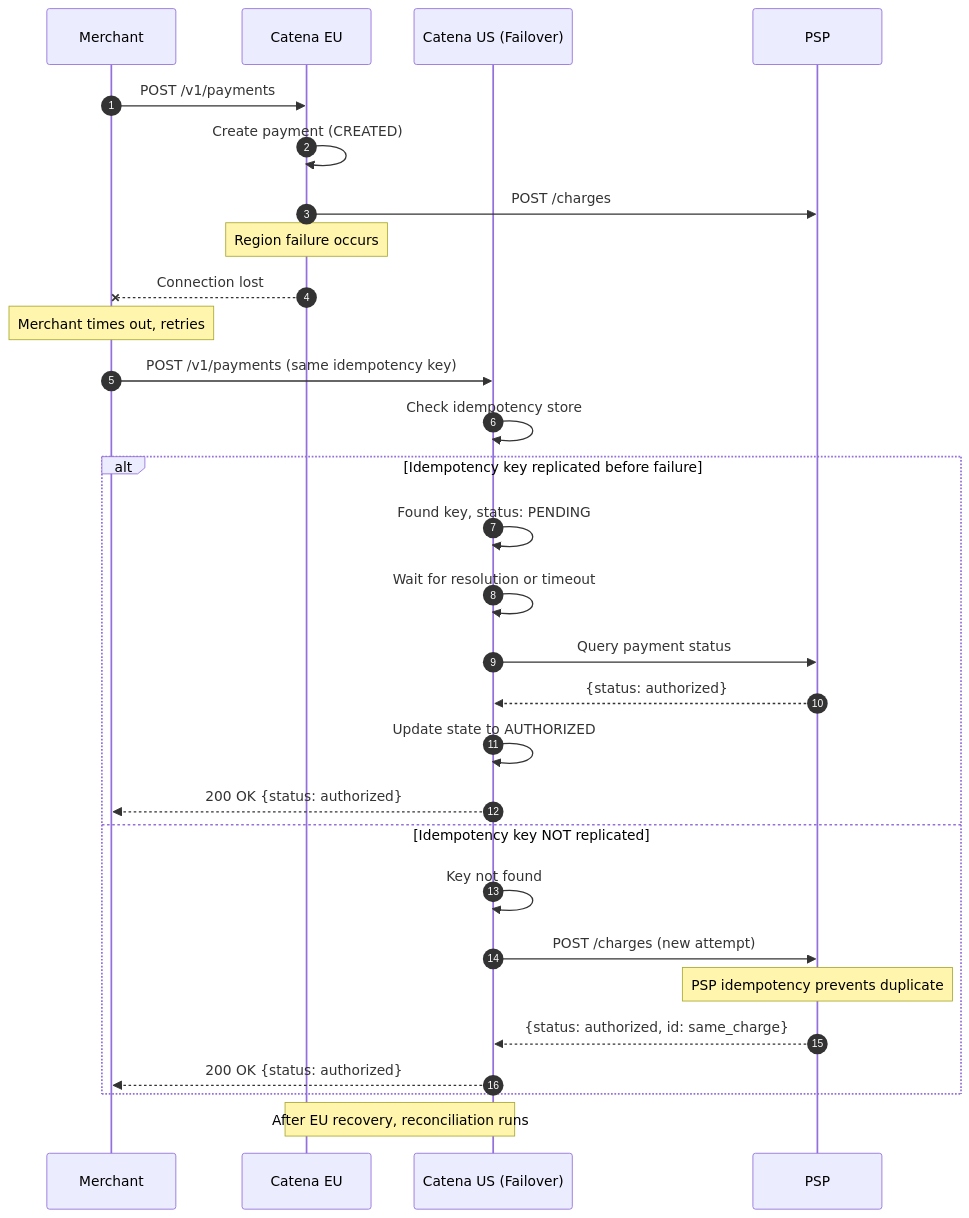
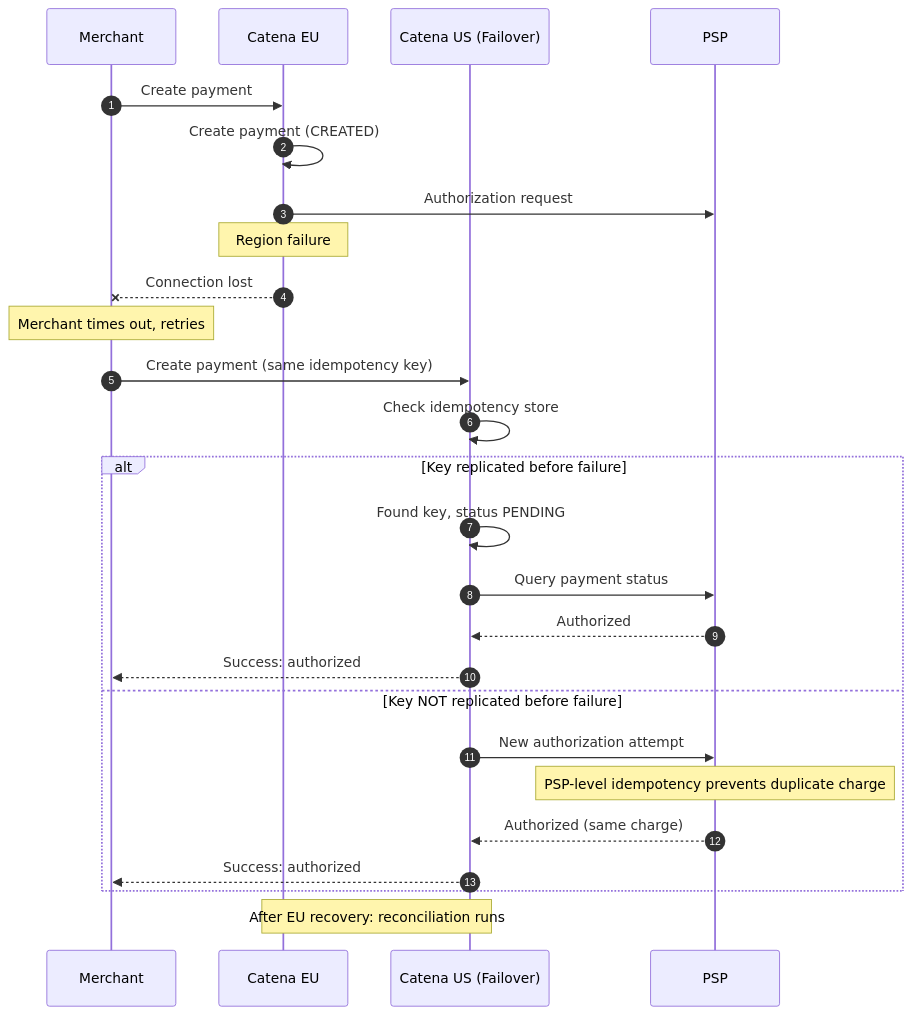
Diagram 14 of 15 in PRD.md (ashishthakur913/catenadocs), drawn with Mermaid before and after one commit. The commit also changed other lines of this file and 1 other file, not shown here.

````diff
--- a/PRD.md
+++ b/PRD.md
@@ -1707,38 +1117,35 @@
 ```mermaid
 sequenceDiagram
     autonumber
     participant M as Merchant
     participant EU as Catena EU
     participant US as Catena US (Failover)
     participant PSP as PSP
     
-    M->>EU: POST /v1/payments
+    M->>EU: Create payment
     EU->>EU: Create payment (CREATED)
-    EU->>PSP: POST /charges
+    EU->>PSP: Authorization request
     
-    Note over EU: Region failure occurs
+    Note over EU: Region failure
     
     EU--xM: Connection lost
     
     Note over M: Merchant times out, retries
     
-    M->>US: POST /v1/payments (same idempotency key)
+    M->>US: Create payment (same idempotency key)
     US->>US: Check idempotency store
     
-    alt Idempotency key replicated before failure
-        US->>US: Found key, status: PENDING
-        US->>US: Wait for resolution or timeout
+    alt Key replicated before failure
+        US->>US: Found key, status PENDING
         US->>PSP: Query payment status
-        PSP-->>US: {status: authorized}
-        US->>US: Update state to AUTHORIZED
-        US-->>M: 200 OK {status: authorized}
-    else Idempotency key NOT replicated
-        US->>US: Key not found
-        US->>PSP: POST /charges (new attempt)
-        Note over PSP: PSP idempotency prevents duplicate
-        PSP-->>US: {status: authorized, id: same_charge}
-        US-->>M: 200 OK {status: authorized}
+        PSP-->>US: Authorized
+        US-->>M: Success: authorized
+    else Key NOT replicated before failure
+        US->>PSP: New authorization attempt
+        Note over PSP: PSP-level idempotency prevents duplicate charge
+        PSP-->>US: Authorized (same charge)
+        US-->>M: Success: authorized
     end
     
-    Note over EU,US: After EU recovery, reconciliation runs
+    Note over EU,US: After EU recovery: reconciliation runs
 ```
````
